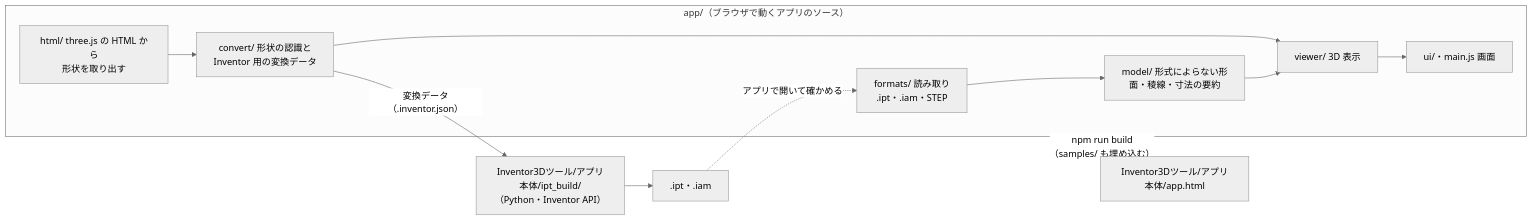
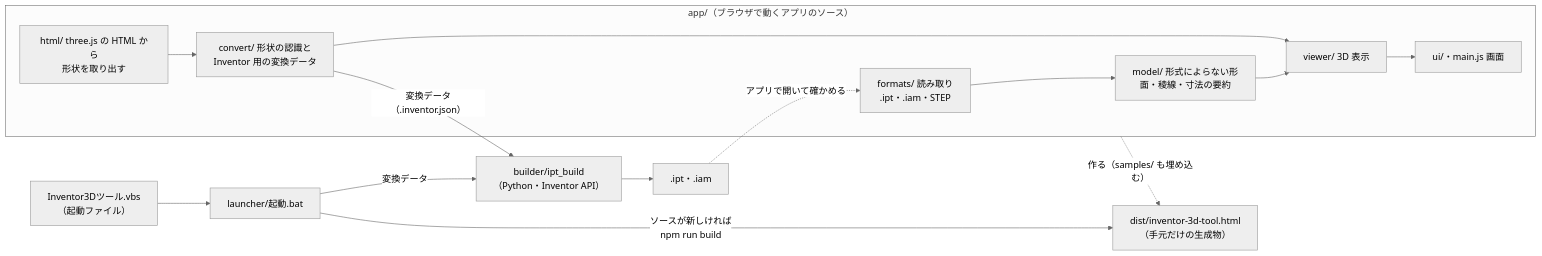
The diagram in README.md (satoshi-hello-vlioilv/Inventor), drawn with Mermaid (neutral theme) before and after one commit. The commit also changed other lines of this file and 32 other files, not shown here.

First line of the commit message:
Keep only sources: launcher at the top level, app built on launch

````diff
--- a/README.md
+++ b/README.md
@@ -15,13 +35,16 @@
 ```mermaid
 flowchart LR
+  VBS["Inventor3Dツール.vbs<br/>（起動ファイル）"] --> BAT["launcher/起動.bat"]
+  BAT -- "ソースが新しければ<br/>npm run build" --> APP["dist/inventor-3d-tool.html<br/>（手元だけの生成物）"]
+  BAT -- "変換データ" --> B
   subgraph src["app/（ブラウザで動くアプリのソース）"]
     F["formats/ 読み取り<br/>.ipt・.iam・STEP"] --> M["model/ 形式によらない形<br/>面・稜線・寸法の要約"]
     H["html/ three.js の HTML から<br/>形状を取り出す"] --> C["convert/ 形状の認識と<br/>Inventor 用の変換データ"]
     M --> V["viewer/ 3D 表示"]
     C --> V
     V --> U["ui/・main.js 画面"]
   end
-  src -- "npm run build<br/>（samples/ も埋め込む）" --> APP["Inventor3Dツール/アプリ本体/app.html"]
-  C -- "変換データ（.inventor.json）" --> B["Inventor3Dツール/アプリ本体/ipt_build/<br/>（Python・Inventor API）"] --> OUT[".ipt・.iam"]
+  src -. "作る（samples/ も埋め込む）" .-> APP
+  C -- "変換データ（.inventor.json）" --> B["builder/ipt_build<br/>（Python・Inventor API）"] --> OUT[".ipt・.iam"]
   OUT -. "アプリで開いて確かめる" .-> F
 ```
````
